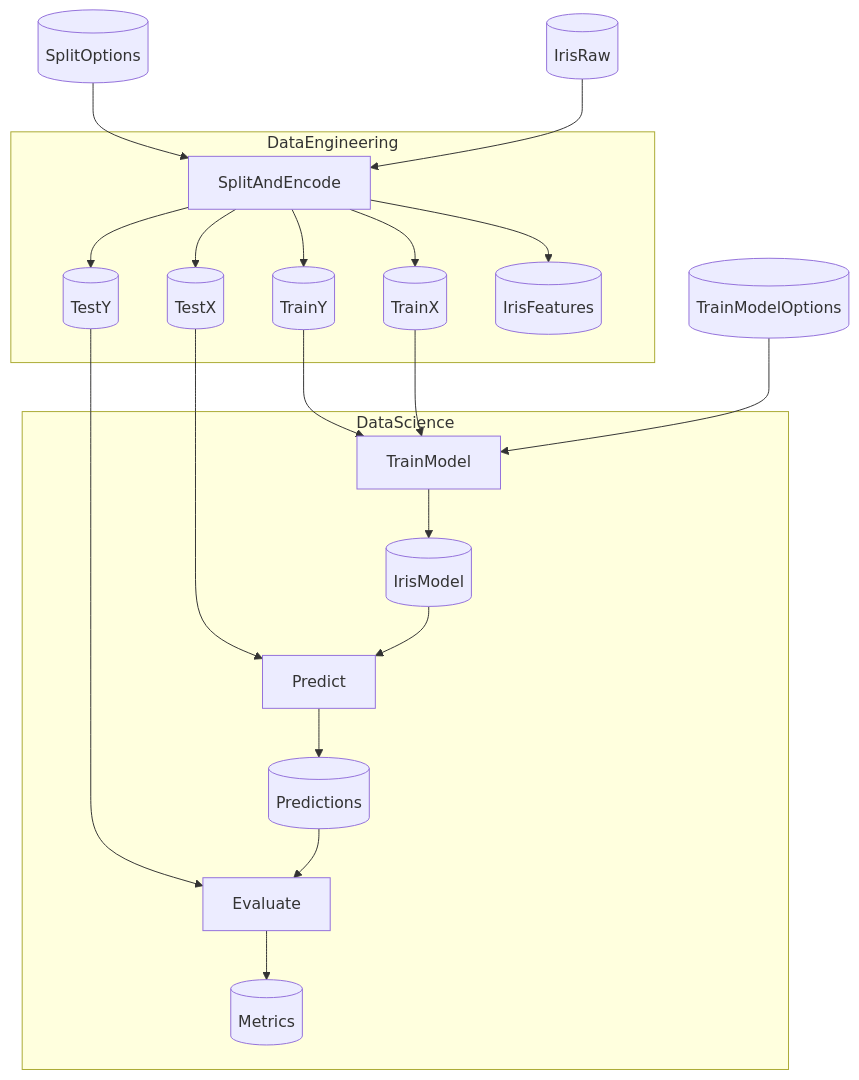
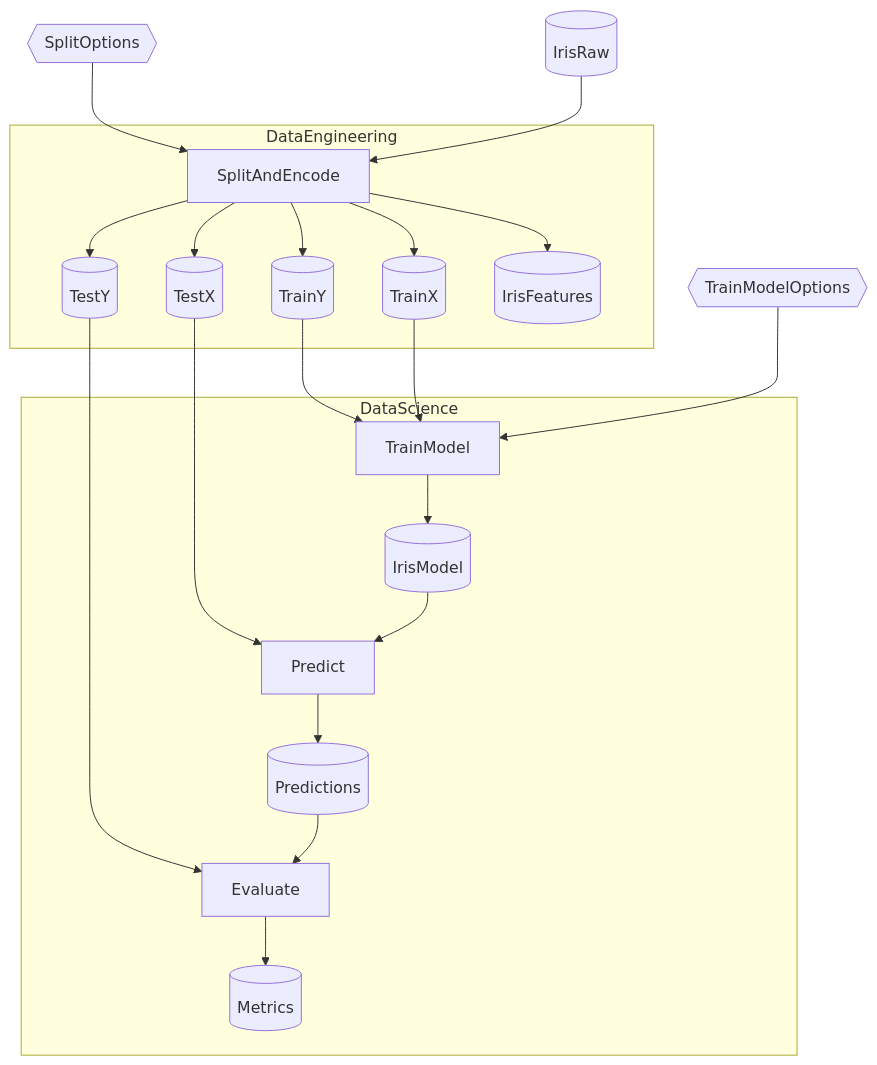
One commit to chaoticgoodcomputing/flowthru changed the diagram in examples/starter/Iris/README.md. Above: the diagram before and after it, drawn with Mermaid. The commit also changed 16 other files, not shown here.

Commit message:
docs: update README examples with new mermaid output

````diff
--- a/examples/starter/Iris/README.md
+++ b/examples/starter/Iris/README.md
@@ -38,46 +38,46 @@
 ```mermaid
 flowchart TB
 
     %% External Data Inputs
     IrisRaw[("IrisRaw")]
-    SplitOptions[("SplitOptions")]
-    TrainModelOptions[("TrainModelOptions")]
+    SplitOptions{{"SplitOptions"}}
+    TrainModelOptions{{"TrainModelOptions"}}
 
     subgraph DataEngineering["DataEngineering"]
         SplitAndEncode["SplitAndEncode"]
         IrisFeatures[("IrisFeatures")]
         TrainX[("TrainX")]
         TrainY[("TrainY")]
         TestX[("TestX")]
         TestY[("TestY")]
     end
 
     subgraph DataScience["DataScience"]
         TrainModel["TrainModel"]
         IrisModel[("IrisModel")]
         Predict["Predict"]
         Predictions[("Predictions")]
         Evaluate["Evaluate"]
         Metrics[("Metrics")]
     end
 
     %% Edges
     IrisRaw --> SplitAndEncode
     SplitOptions --> SplitAndEncode
     SplitAndEncode --> IrisFeatures
     SplitAndEncode --> TrainX
     SplitAndEncode --> TrainY
     SplitAndEncode --> TestX
     SplitAndEncode --> TestY
     TrainX --> TrainModel
     TrainY --> TrainModel
     TrainModelOptions --> TrainModel
     TrainModel --> IrisModel
     IrisModel --> Predict
     TestX --> Predict
     Predict --> Predictions
     Predictions --> Evaluate
     TestY --> Evaluate
     Evaluate --> Metrics
 
 ```
````
